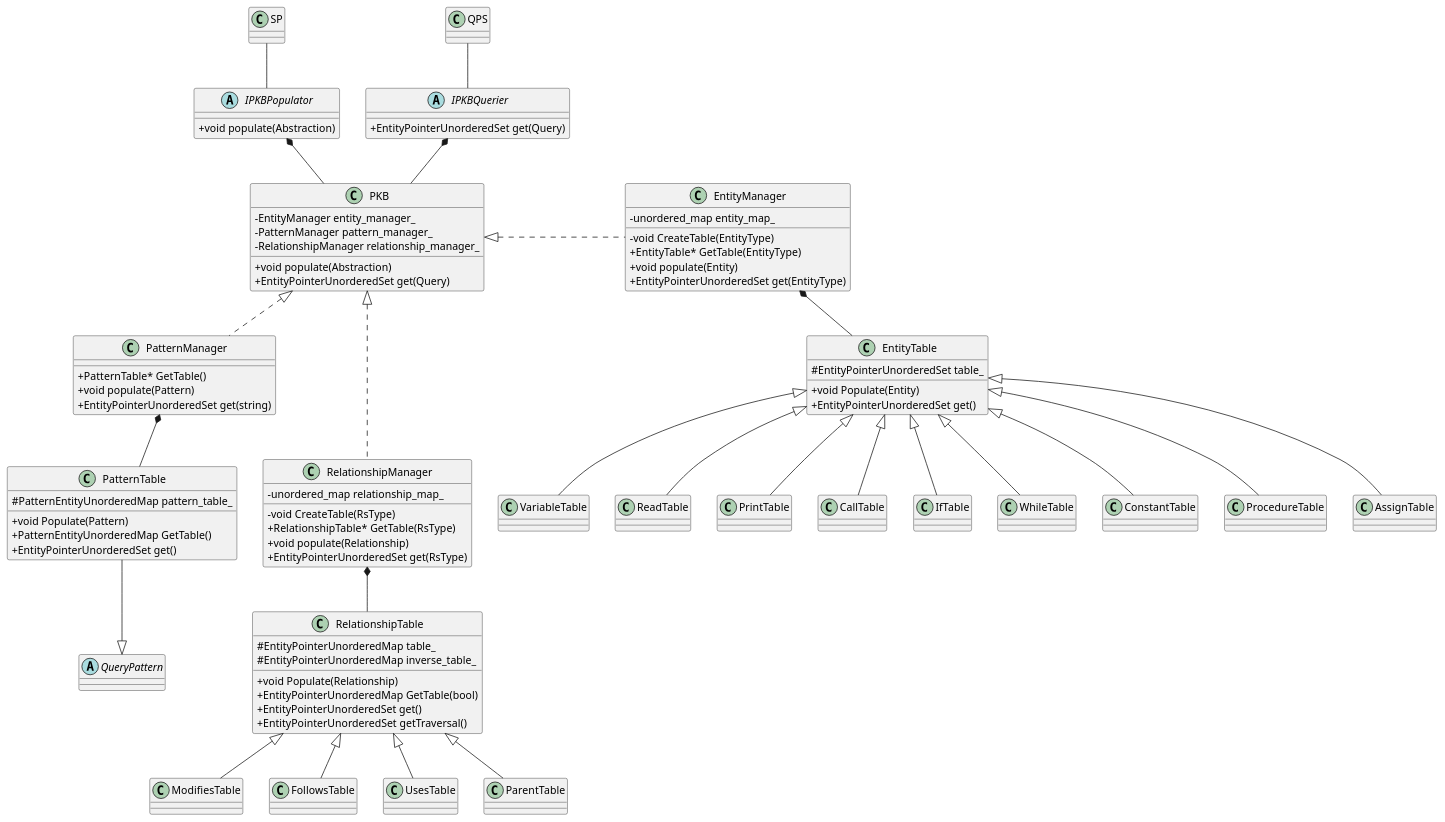
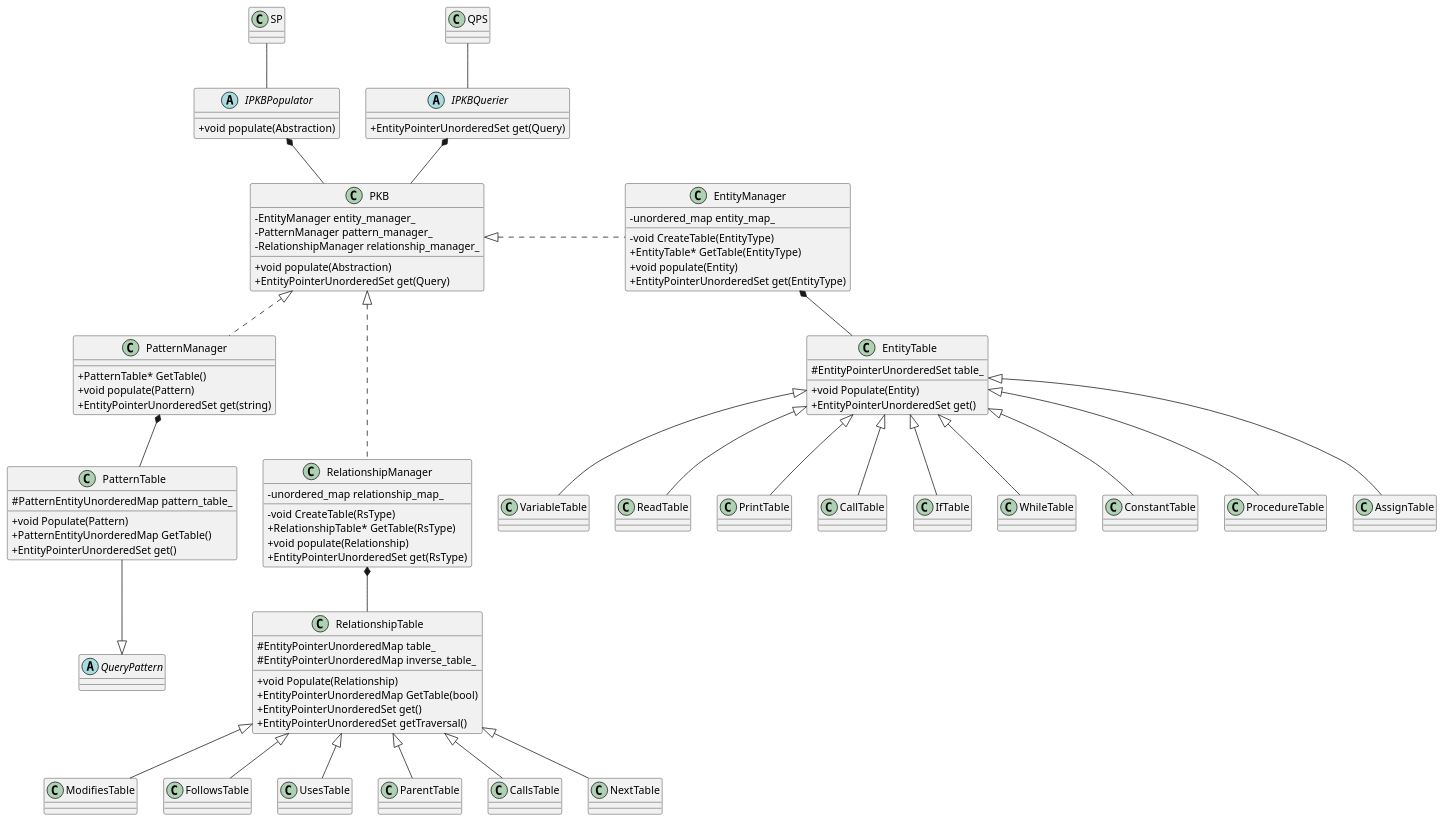
Before and after one commit to mazx4960/static-analyzer: the diagram in docs/diagrams/PKBClassDiagram.puml, drawn with PlantUML.

Commit message:
docs: update pkb uml diagram

```diff
--- a/docs/diagrams/PKBClassDiagram.puml
+++ b/docs/diagrams/PKBClassDiagram.puml
@@ -1,140 +1,148 @@
 @startuml
 skinparam classAttributeIconSize 0
 
 class SP
 class QPS
 class PKB
 
 abstract class IPKBPopulator {
 	+void populate(Abstraction)
 }
 
 abstract class IPKBQuerier {
 	+EntityPointerUnorderedSet get(Query)
 }
 
 class PKB {
     -EntityManager entity_manager_
     -PatternManager pattern_manager_
     -RelationshipManager relationship_manager_
     +void populate(Abstraction)
     +EntityPointerUnorderedSet get(Query)
 }
 
 class EntityManager {
     -unordered_map entity_map_ 
     -void CreateTable(EntityType)
     +EntityTable* GetTable(EntityType) 
     +void populate(Entity)
     +EntityPointerUnorderedSet get(EntityType)
 }
 
 class RelationshipManager {
     -unordered_map relationship_map_
     -void CreateTable(RsType)
     +RelationshipTable* GetTable(RsType) 
     +void populate(Relationship)
     +EntityPointerUnorderedSet get(RsType)
 }
 
 class PatternManager {
     +PatternTable* GetTable()
     +void populate(Pattern)
     +EntityPointerUnorderedSet get(string)
 }
 
 class RelationshipTable {
     #EntityPointerUnorderedMap table_
     #EntityPointerUnorderedMap inverse_table_
     +void Populate(Relationship)
     +EntityPointerUnorderedMap GetTable(bool)
     +EntityPointerUnorderedSet get()
     +EntityPointerUnorderedSet getTraversal()
 }
 
 class EntityTable {
     #EntityPointerUnorderedSet table_
     +void Populate(Entity)
     +EntityPointerUnorderedSet get()
 }
 
 class PatternTable {
     #PatternEntityUnorderedMap pattern_table_
     +void Populate(Pattern)
     +PatternEntityUnorderedMap GetTable()
     +EntityPointerUnorderedSet get()
 }
 
 abstract class "QueryPattern"
 
 class VariableTable {
 }
 
 class ReadTable {
 }
 
 class PrintTable {
 }
 
 class CallTable {
 }
 
 class IfTable {
 }
 
 class WhileTable {
 }
 
 class ConstantTable {
 }
 
 class ProcedureTable {
 }
 
 class AssignTable {
 }
 
 class ModifiesTable {
 }
 
 class FollowsTable {
 }  
 
 class UsesTable {
 }
 
 class ParentTable {
 } 
 
+class CallsTable {
+} 
+
+class NextTable {
+} 
+
 IPKBPopulator *-down- PKB
 IPKBQuerier *-down- PKB
 SP -down- IPKBPopulator
 QPS -down- IPKBQuerier
 
 PKB <|.down EntityManager
 PKB <|.down.  PatternManager
 PKB <|.down.. RelationshipManager
 
 EntityTable -up-* EntityManager
 
 VariableTable -up-|> EntityTable
 ReadTable -up-|> EntityTable
 PrintTable -up-|> EntityTable
 CallTable -up-|> EntityTable
 IfTable -up-|> EntityTable
 WhileTable -up-|> EntityTable
 ConstantTable -up-|> EntityTable
 ProcedureTable -up-|> EntityTable
 AssignTable -up-|> EntityTable
 
 RelationshipTable -up-* RelationshipManager 
 
 ModifiesTable -up-|> RelationshipTable
 FollowsTable -up-|> RelationshipTable 
 UsesTable -up-|> RelationshipTable
 ParentTable -up-|> RelationshipTable 
+CallsTable -up-|> RelationshipTable 
+NextTable -up-|> RelationshipTable 
 
 PatternTable -up-* PatternManager
 PatternTable -down-|> QueryPattern
 
 @enduml
```
